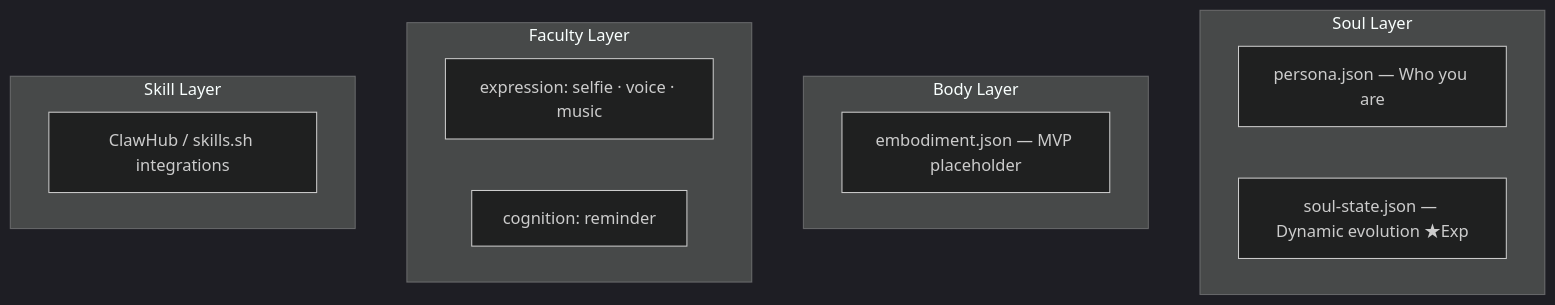
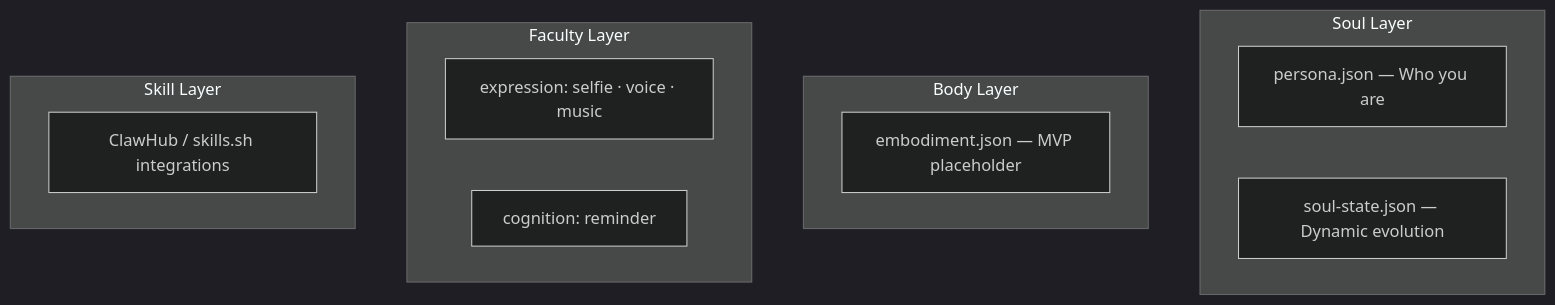
Before and after one commit to ACNet-AI/OpenPersona: the diagram in README.md, drawn with Mermaid (dark theme). The commit also changed other lines of this file, not shown here.

````diff
--- a/README.md
+++ b/README.md
@@ -25,17 +43,17 @@
 ```mermaid
 flowchart TB
   subgraph Soul ["Soul Layer"]
     A["persona.json — Who you are"]
-    B["soul-state.json — Dynamic evolution ★Exp"]
+    B["soul-state.json — Dynamic evolution"]
   end
   subgraph Body ["Body Layer"]
     C["embodiment.json — MVP placeholder"]
   end
   subgraph Faculty ["Faculty Layer"]
     D["expression: selfie · voice · music"]
     E["cognition: reminder"]
   end
   subgraph Skill ["Skill Layer"]
     F["ClawHub / skills.sh integrations"]
   end
 ```
````
